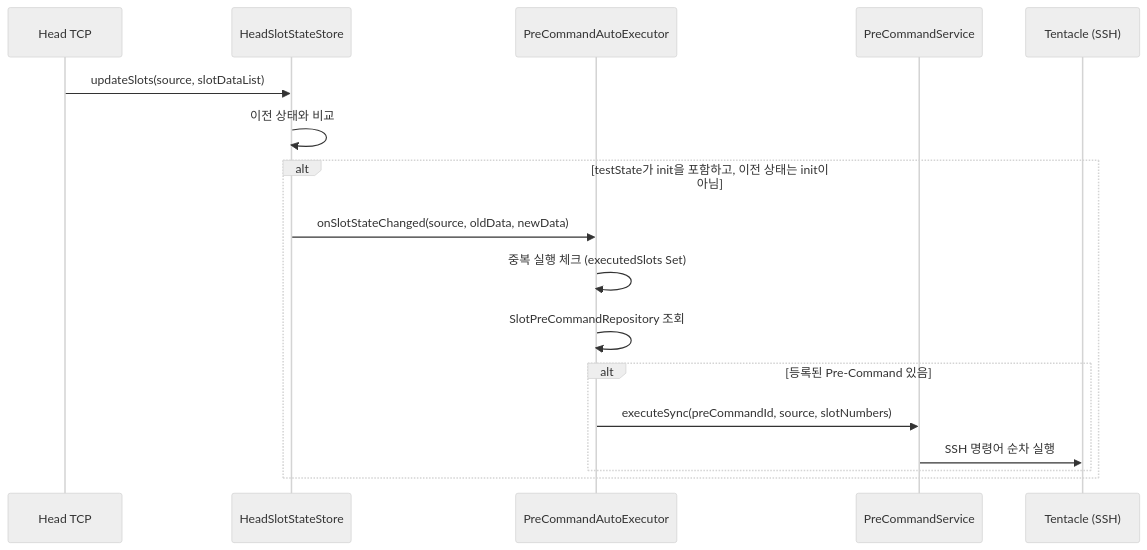
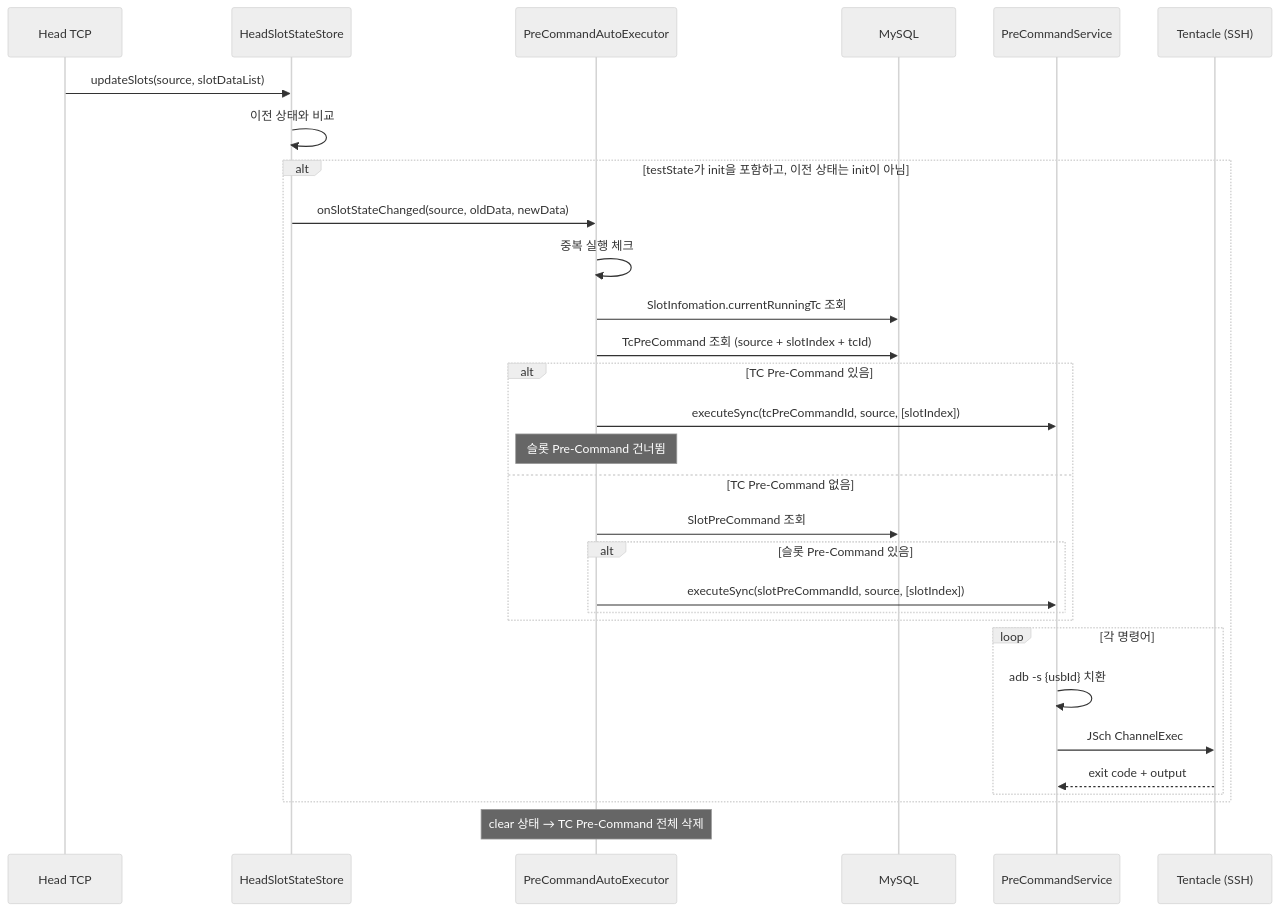
One commit to kakaromo/kakaromo.github.io changed the fifth of 5 diagrams in src/content/docs/architecture/pre-command.md. Above: the diagram before and after it, drawn with Mermaid (neutral theme). The commit also changed other lines of this file and 5 other files, not shown here.

First line of the commit message:
docs: Pre-Command 문서 전면 재작성 — 슬롯/TC 통합, 아키텍처/API/실행흐름

````diff
--- a/src/content/docs/architecture/pre-command.md
+++ b/src/content/docs/architecture/pre-command.md
@@ -152,20 +245,37 @@
 ```mermaid
 sequenceDiagram
     participant H as Head TCP
     participant SS as HeadSlotStateStore
     participant AE as PreCommandAutoExecutor
+    participant DB as MySQL
     participant S as PreCommandService
     participant T as Tentacle (SSH)
 
     H->>SS: updateSlots(source, slotDataList)
     SS->>SS: 이전 상태와 비교
     alt testState가 init을 포함하고, 이전 상태는 init이 아님
         SS->>AE: onSlotStateChanged(source, oldData, newData)
-        AE->>AE: 중복 실행 체크 (executedSlots Set)
-        AE->>AE: SlotPreCommandRepository 조회
-        alt 등록된 Pre-Command 있음
-            AE->>S: executeSync(preCommandId, source, slotNumbers)
-            S->>T: SSH 명령어 순차 실행
+        AE->>AE: 중복 실행 체크
+
+        AE->>DB: SlotInfomation.currentRunningTc 조회
+        AE->>DB: TcPreCommand 조회 (source + slotIndex + tcId)
+
+        alt TC Pre-Command 있음
+            AE->>S: executeSync(tcPreCommandId, source, [slotIndex])
+            Note over AE: 슬롯 Pre-Command 건너뜀
+        else TC Pre-Command 없음
+            AE->>DB: SlotPreCommand 조회
+            alt 슬롯 Pre-Command 있음
+                AE->>S: executeSync(slotPreCommandId, source, [slotIndex])
+            end
+        end
+
+        loop 각 명령어
+            S->>S: adb -s {usbId} 치환
+            S->>T: JSch ChannelExec
+            T-->>S: exit code + output
         end
     end
+
+    Note over AE: clear 상태 → TC Pre-Command 전체 삭제
 ```
````
